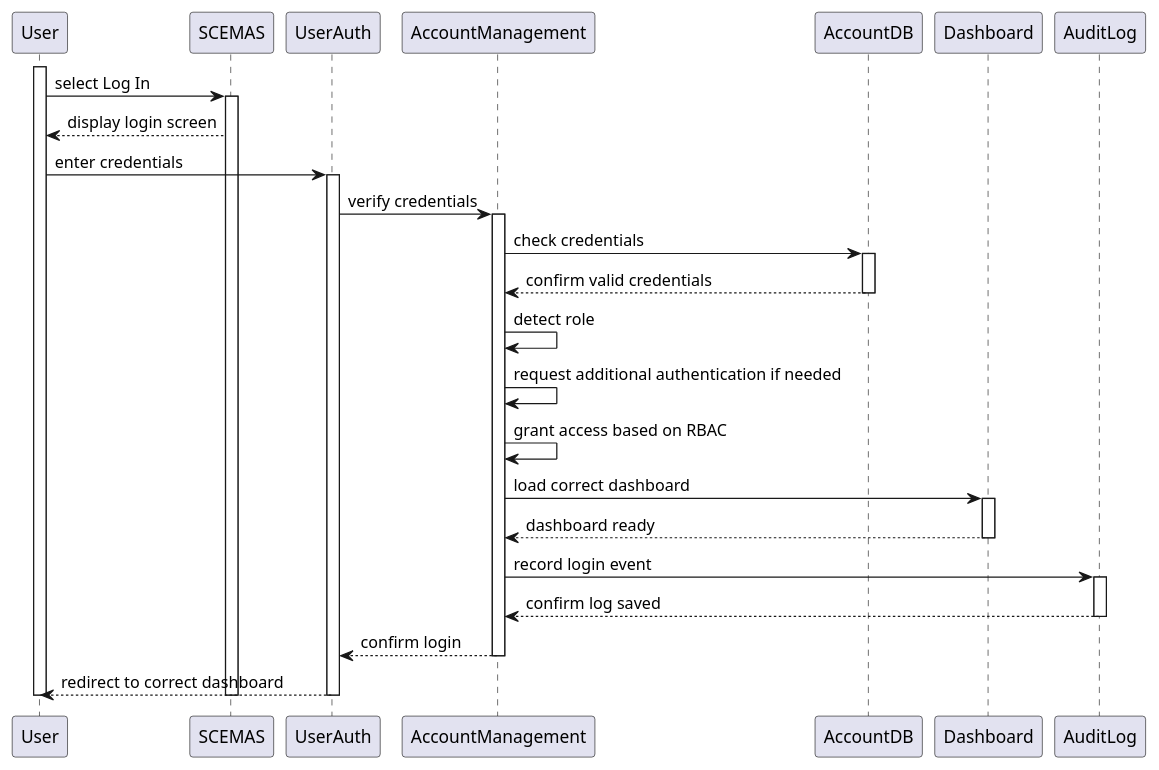
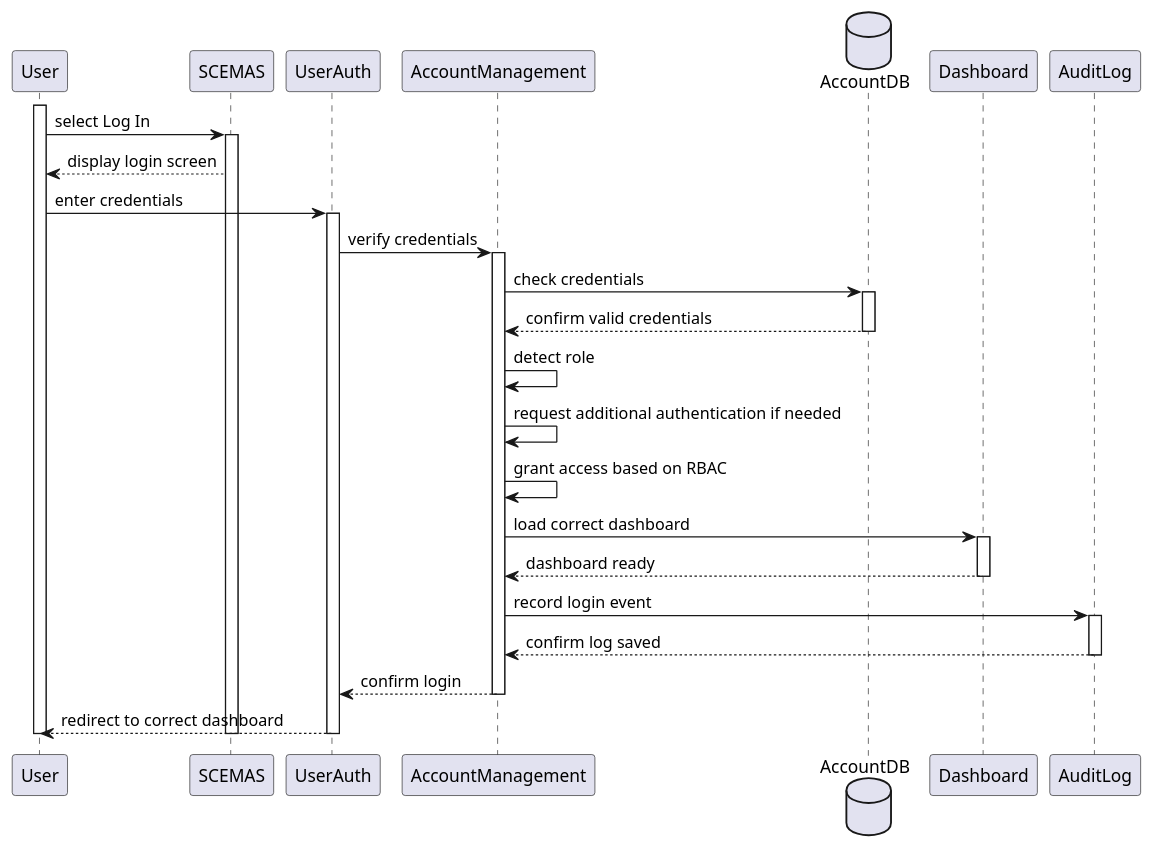
One commit to harmanpreet-sagar/sfwreng-3a04-group6-t01-scemas changed the diagram in docs/diagrams/plantuml/sequence/BE1.puml. Above: the diagram before and after it, drawn with PlantUML. The commit also changed 12 other files, not shown here.

Commit message:
made code style changes to sequence diagrams and uploading compiled sequence diagrams

```diff
--- a/docs/diagrams/plantuml/sequence/BE1.puml
+++ b/docs/diagrams/plantuml/sequence/BE1.puml
@@ -1,44 +1,52 @@
 @startuml BE1_Login
+
+participant "User" as User
+participant "SCEMAS" as SCEMAS
+participant "UserAuth" as UserAuth
+participant "AccountManagement" as AccountManagement
+database "AccountDB" as AccountDB
+participant "Dashboard" as Dashboard
+participant "AuditLog" as AuditLog
 
 activate User
 
 User -> SCEMAS : select Log In
 activate SCEMAS
 SCEMAS --> User : display login screen
 
 
 User -> UserAuth : enter credentials
 activate UserAuth
 
 UserAuth -> AccountManagement : verify credentials
 activate AccountManagement
 
 AccountManagement -> AccountDB : check credentials
 activate AccountDB
 AccountDB --> AccountManagement : confirm valid credentials
 deactivate AccountDB
 
 AccountManagement -> AccountManagement : detect role
 AccountManagement -> AccountManagement : request additional authentication if needed
 AccountManagement -> AccountManagement : grant access based on RBAC
 
 AccountManagement -> Dashboard : load correct dashboard
 activate Dashboard
 Dashboard --> AccountManagement : dashboard ready
 deactivate Dashboard
 
 AccountManagement -> AuditLog : record login event
 activate AuditLog
 AuditLog --> AccountManagement : confirm log saved
 deactivate AuditLog
 
 AccountManagement --> UserAuth : confirm login
 deactivate AccountManagement
 
 UserAuth --> User : redirect to correct dashboard
 deactivate UserAuth
 
 deactivate SCEMAS
 deactivate User
 
 @enduml
```
